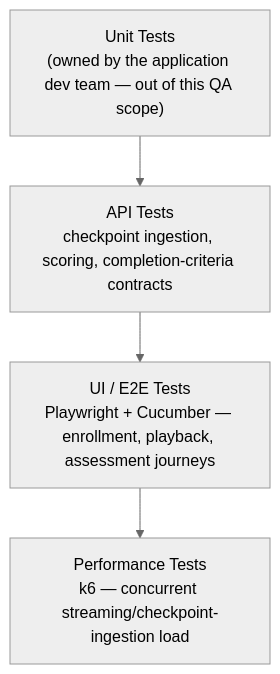
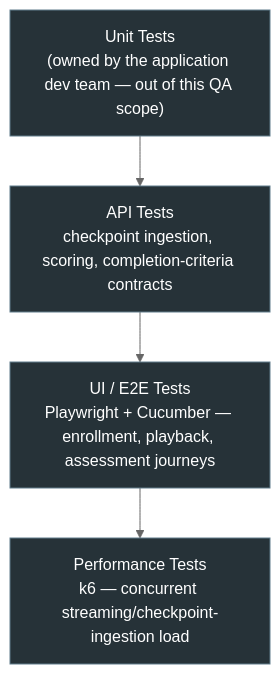
Before and after one commit to ghanendra-sdet/lms-platform: the first of 2 diagrams in docs/tech-and-skills.md, drawn with Mermaid (neutral theme). The commit also changed other lines of this file and 1 other file, not shown here.

First line of the commit message:
docs: enrich architecture/tech-and-skills diagrams, fix a coverage overclaim

````diff
--- a/docs/tech-and-skills.md
+++ b/docs/tech-and-skills.md
@@ -38,8 +38,11 @@
 ```mermaid
 flowchart TD
     UNIT["Unit Tests<br/>(owned by the application dev team — out of this QA scope)"]
     API["API Tests<br/>checkpoint ingestion, scoring, completion-criteria contracts"]
     UI["UI / E2E Tests<br/>Playwright + Cucumber — enrollment, playback, assessment journeys"]
     PERF["Performance Tests<br/>k6 — concurrent streaming/checkpoint-ingestion load"]
     UNIT --> API --> UI --> PERF
+
+    classDef layer fill:#263238,stroke:#607d8b,color:#fff
+    class UNIT,API,UI,PERF layer
 ```
````
